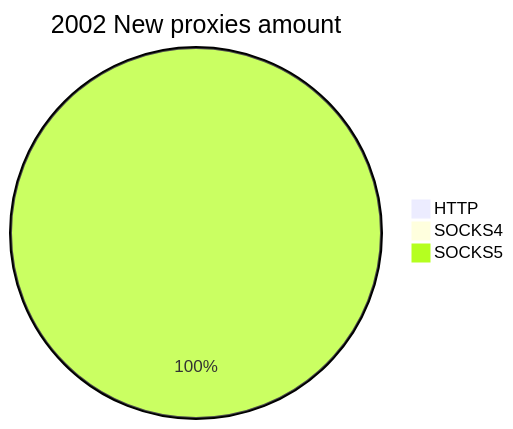
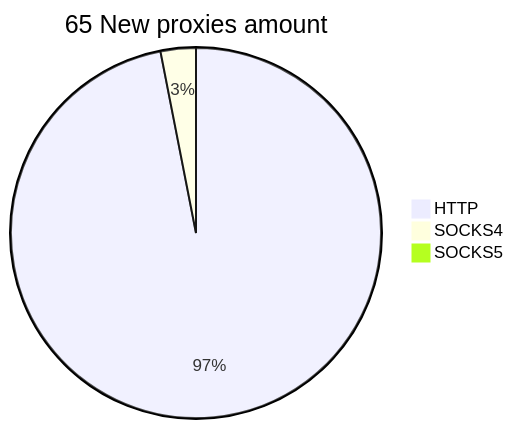
Before and after one commit to cutipu/proxylist: the second of 2 diagrams in README.md, drawn with Mermaid. The commit also changed other lines of this file, not shown here.

````diff
--- a/README.md
+++ b/README.md
@@ -10,6 +10,6 @@
 ```mermaid
-pie title 2002 New proxies amount
-    "HTTP" : 0
-    "SOCKS4" : 1
-    "SOCKS5" : 2001
+pie title 65 New proxies amount
+    "HTTP" : 63
+    "SOCKS4" : 2
+    "SOCKS5" : 0
 ```
````
